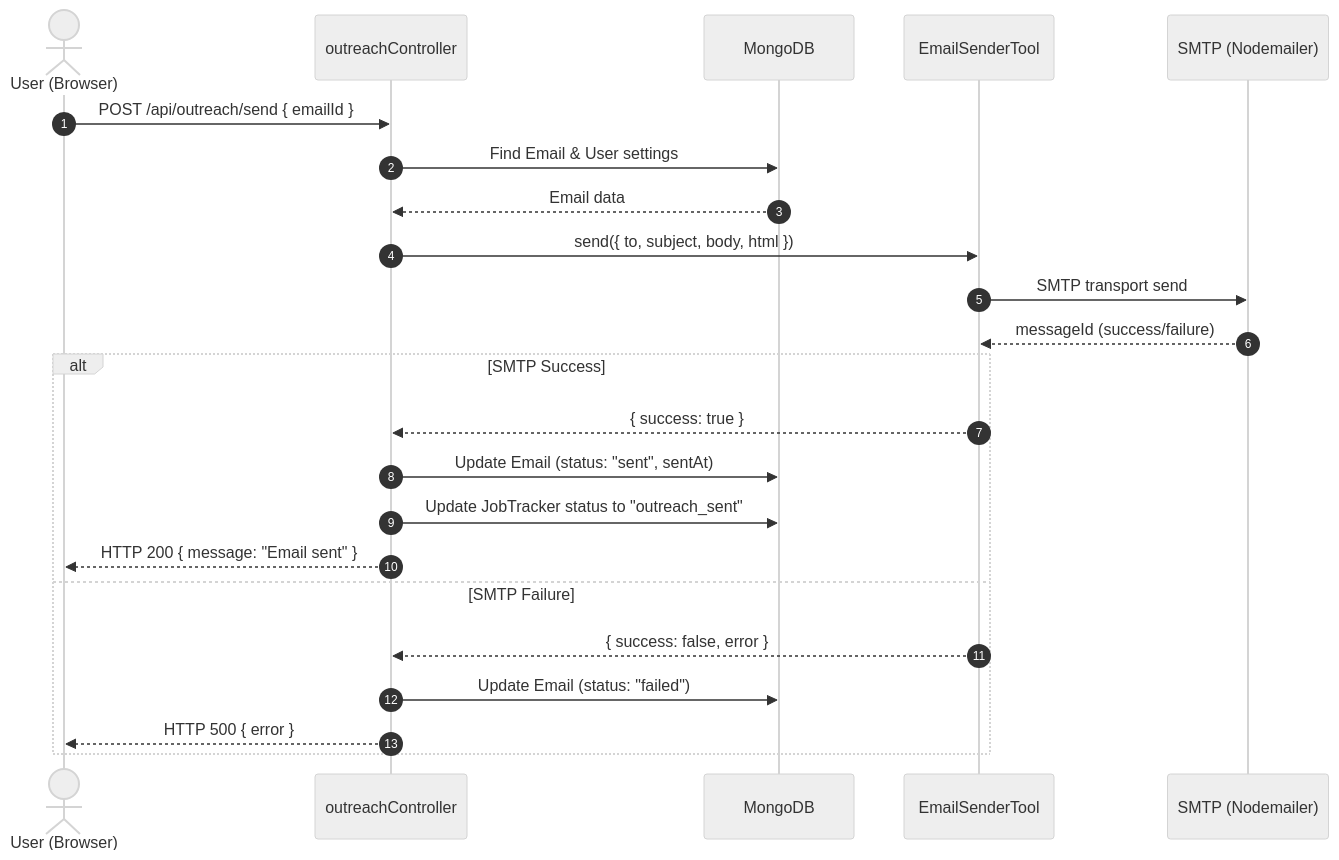
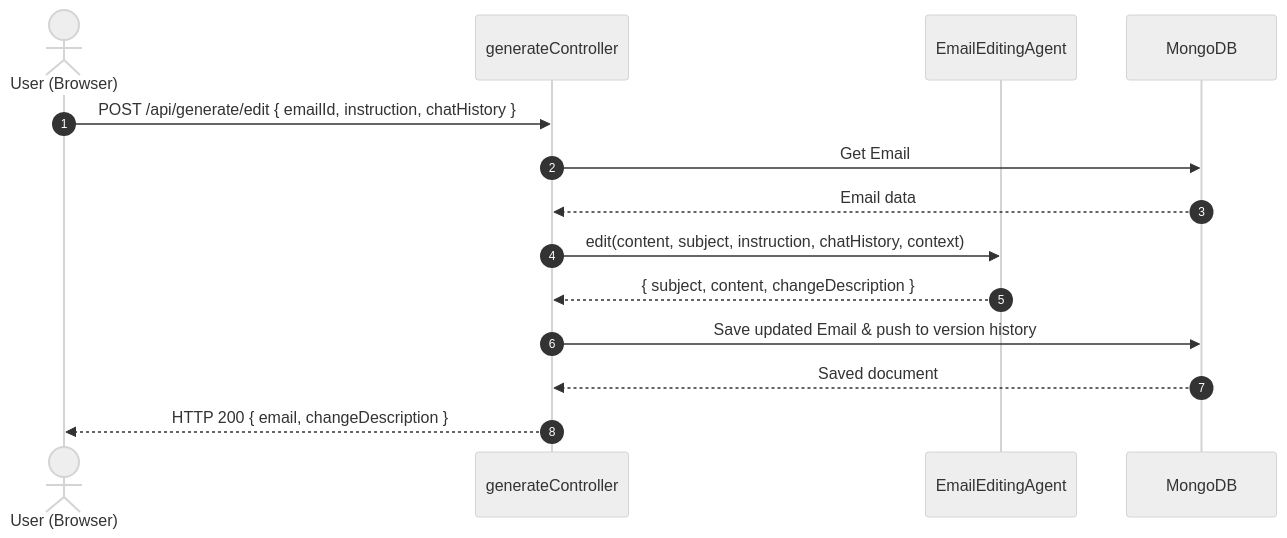
Before and after one commit to tamal006/cold-email-ai-agent: the fifth of 6 diagrams in docs/WORKFLOW.md, drawn with Mermaid (neutral theme). The commit also changed other lines of this file and 107 other files, not shown here.

````diff
--- a/docs/WORKFLOW.md
+++ b/docs/WORKFLOW.md
@@ -134,26 +128,17 @@
 ```mermaid
 sequenceDiagram
     autonumber
     actor User as User (Browser)
-    participant C as outreachController
+    participant C as generateController
+    participant E as EmailEditingAgent
     participant DB as MongoDB
-    participant S as EmailSenderTool
-    participant SMTP as SMTP (Nodemailer)
 
-    User->>C: POST /api/outreach/send { emailId }
-    C->>DB: Find Email & User settings
+    User->>C: POST /api/generate/edit { emailId, instruction, chatHistory }
+    C->>DB: Get Email
     DB-->>C: Email data
-    C->>S: send({ to, subject, body, html })
-    S->>SMTP: SMTP transport send
-    SMTP-->>S: messageId (success/failure)
-    alt SMTP Success
-        S-->>C: { success: true }
-        C->>DB: Update Email (status: "sent", sentAt)
-        C->>DB: Update JobTracker status to "outreach_sent"
-        C-->>User: HTTP 200 { message: "Email sent" }
-    else SMTP Failure
-        S-->>C: { success: false, error }
-        C->>DB: Update Email (status: "failed")
-        C-->>User: HTTP 500 { error }
-    end
+    C->>E: edit(content, subject, instruction, chatHistory, context)
+    E-->>C: { subject, content, changeDescription }
+    C->>DB: Save updated Email & push to version history
+    DB-->>C: Saved document
+    C-->>User: HTTP 200 { email, changeDescription }
 ```
````
